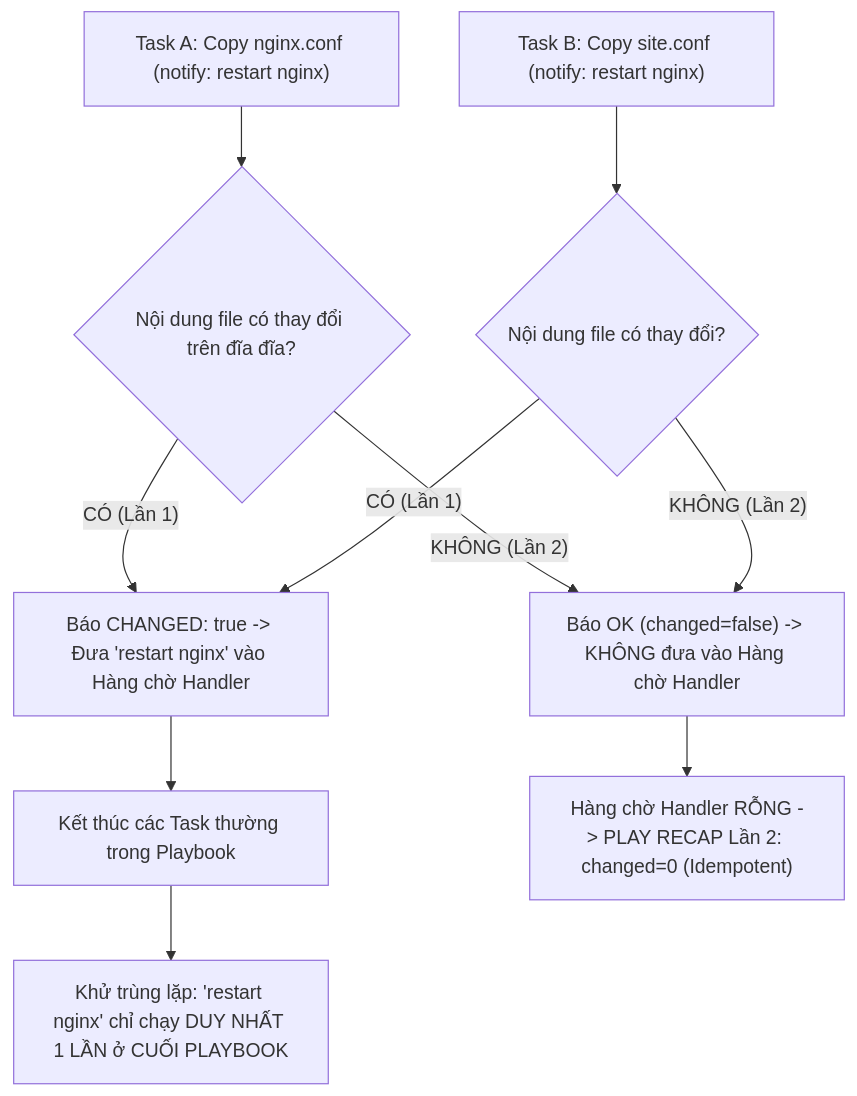
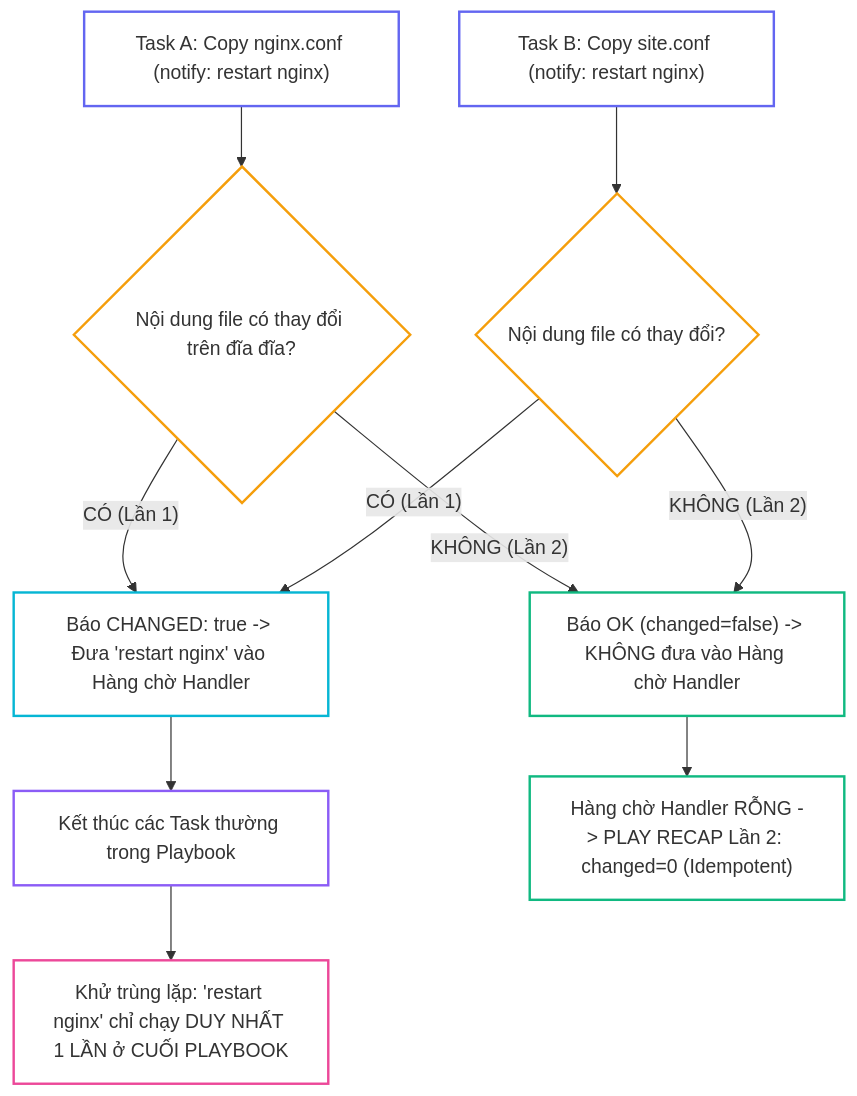
Before and after one commit to kiennt308/ntk: the first of 3 diagrams in _posts/2026-09-13-ansible-11-11-handlers-notify.md, drawn with Mermaid. The commit also changed other lines of this file and 30 other files, not shown here.

````diff
--- a/_posts/2026-09-13-ansible-11-11-handlers-notify.md
+++ b/_posts/2026-09-13-ansible-11-11-handlers-notify.md
@@ -82,15 +82,25 @@
 ```mermaid
 graph TD
     A["Task A: Copy nginx.conf (notify: restart nginx)"] --> B{"Nội dung file có thay đổi trên đĩa đĩa?"}
-    B -- "CÓ (Lần 1)" --> C["Báo CHANGED: true -> Đưa 'restart nginx' vào Hàng chờ Handler"]
-    B -- "KHÔNG (Lần 2)" --> D["Báo OK (changed=false) -> KHÔNG đưa vào Hàng chờ Handler"]
+    B -->|"CÓ (Lần 1)"| C["Báo CHANGED: true -> Đưa 'restart nginx' vào Hàng chờ Handler"]
+    B -->|"KHÔNG (Lần 2)"| D["Báo OK (changed=false) -> KHÔNG đưa vào Hàng chờ Handler"]
     
     E["Task B: Copy site.conf (notify: restart nginx)"] --> F{"Nội dung file có thay đổi?"}
-    F -- "CÓ (Lần 1)" --> C
-    F -- "KHÔNG (Lần 2)" --> D
+    F -->|"CÓ (Lần 1)"| C
+    F -->|"KHÔNG (Lần 2)"| D
     
     C --> G["Kết thúc các Task thường trong Playbook"]
     G --> H["Khử trùng lặp: 'restart nginx' chỉ chạy DUY NHẤT 1 LẦN ở CUỐI PLAYBOOK"]
     
     D --> I["Hàng chờ Handler RỖNG -> PLAY RECAP Lần 2: changed=0 (Idempotent)"]
+
+    style A fill:none,stroke:#6366f1,stroke-width:2px
+    style B fill:none,stroke:#f59e0b,stroke-width:2px
+    style C fill:none,stroke:#06b6d4,stroke-width:2px
+    style D fill:none,stroke:#10b981,stroke-width:2px
+    style E fill:none,stroke:#6366f1,stroke-width:2px
+    style F fill:none,stroke:#f59e0b,stroke-width:2px
+    style G fill:none,stroke:#8b5cf6,stroke-width:2px
+    style H fill:none,stroke:#ec4899,stroke-width:2px
+    style I fill:none,stroke:#10b981,stroke-width:2px
 ```
````
